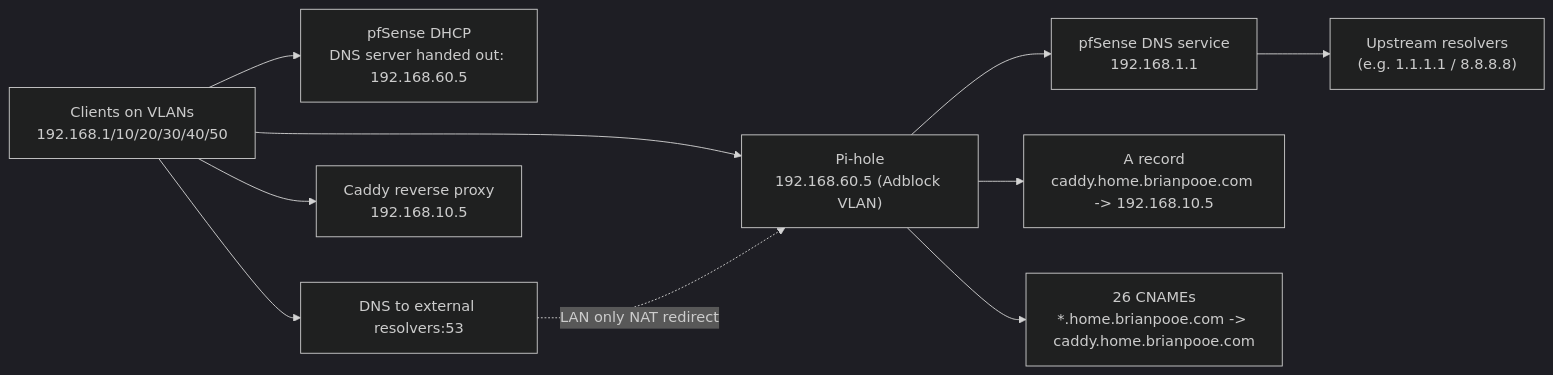
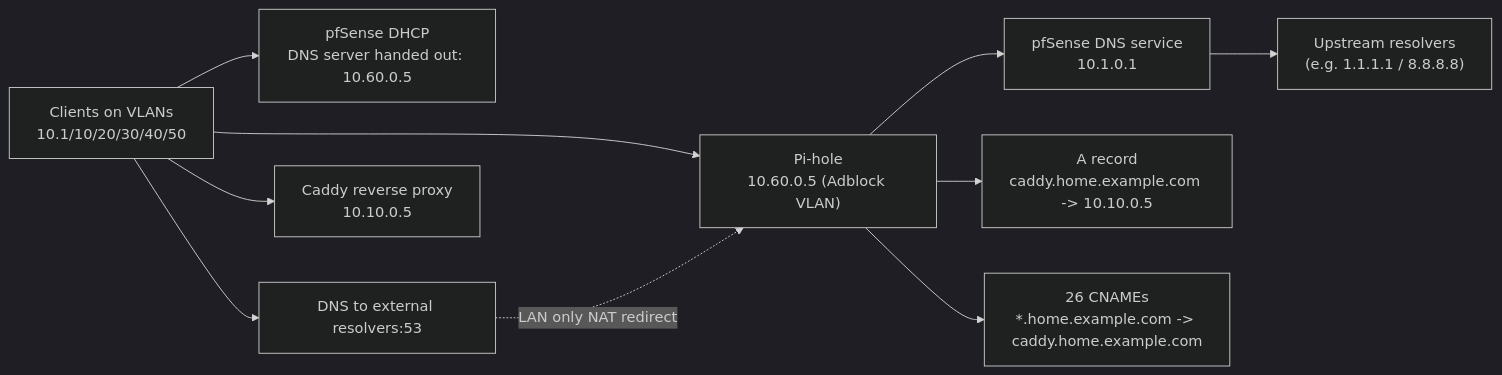
The first of 2 diagrams in dns/pfsense-pihole-technitium-analysis.md (brianpooe/synology-docker-services), drawn with Mermaid (dark theme) before and after one commit. The commit also changed other lines of this file and 7 other files, not shown here.

````diff
--- a/dns/pfsense-pihole-technitium-analysis.md
+++ b/dns/pfsense-pihole-technitium-analysis.md
@@ -100,14 +100,14 @@
 ```mermaid
 flowchart LR
-    A["Clients on VLANs\n192.168.1/10/20/30/40/50"] --> B["pfSense DHCP\nDNS server handed out: 192.168.60.5"]
-    A --> C["Pi-hole\n192.168.60.5 (Adblock VLAN)"]
-    C --> D["pfSense DNS service\n192.168.1.1"]
+    A["Clients on VLANs\n10.1/10/20/30/40/50"] --> B["pfSense DHCP\nDNS server handed out: 10.60.0.5"]
+    A --> C["Pi-hole\n10.60.0.5 (Adblock VLAN)"]
+    C --> D["pfSense DNS service\n10.1.0.1"]
     D --> E["Upstream resolvers\n(e.g. 1.1.1.1 / 8.8.8.8)"]
 
     A --> F["DNS to external resolvers:53"]
     F -. "LAN only NAT redirect" .-> C
 
-    C --> G["A record\ncaddy.home.brianpooe.com -> 192.168.10.5"]
-    C --> H["26 CNAMEs\n*.home.brianpooe.com -> caddy.home.brianpooe.com"]
-    A --> I["Caddy reverse proxy\n192.168.10.5"]
+    C --> G["A record\ncaddy.home.example.com -> 10.10.0.5"]
+    C --> H["26 CNAMEs\n*.home.example.com -> caddy.home.example.com"]
+    A --> I["Caddy reverse proxy\n10.10.0.5"]
 ```
````
